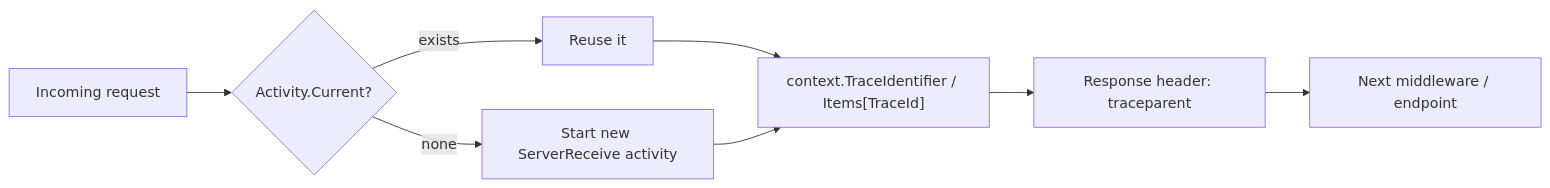
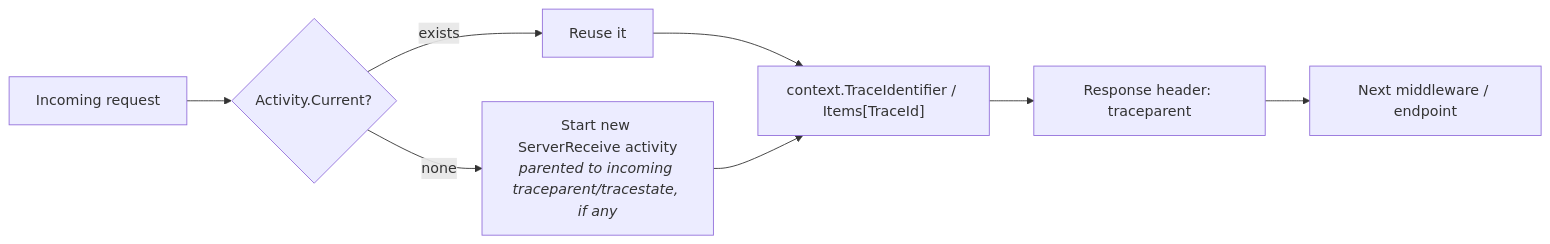
One commit to artur-rios/dotnet-webapi-util changed the diagram in docs/content/en/docs/middleware-and-diagnostics.md. Above: the diagram before and after it, drawn with Mermaid. The commit also changed other lines of this file and 46 other files, not shown here.

````diff
--- a/docs/content/en/docs/middleware-and-diagnostics.md
+++ b/docs/content/en/docs/middleware-and-diagnostics.md
@@ -78,10 +91,10 @@
 ```mermaid
 flowchart LR
     Req["Incoming request"] --> Check{"Activity.Current?"}
     Check -- "exists" --> Reuse["Reuse it"]
-    Check -- "none" --> New["Start new ServerReceive activity"]
+    Check -- "none" --> New["Start new ServerReceive activity<br/><i>parented to incoming traceparent/tracestate, if any</i>"]
     Reuse --> Set["context.TraceIdentifier / Items[TraceId]"]
     New --> Set
     Set --> Header["Response header: traceparent"]
     Header --> Next["Next middleware / endpoint"]
 ```
````
